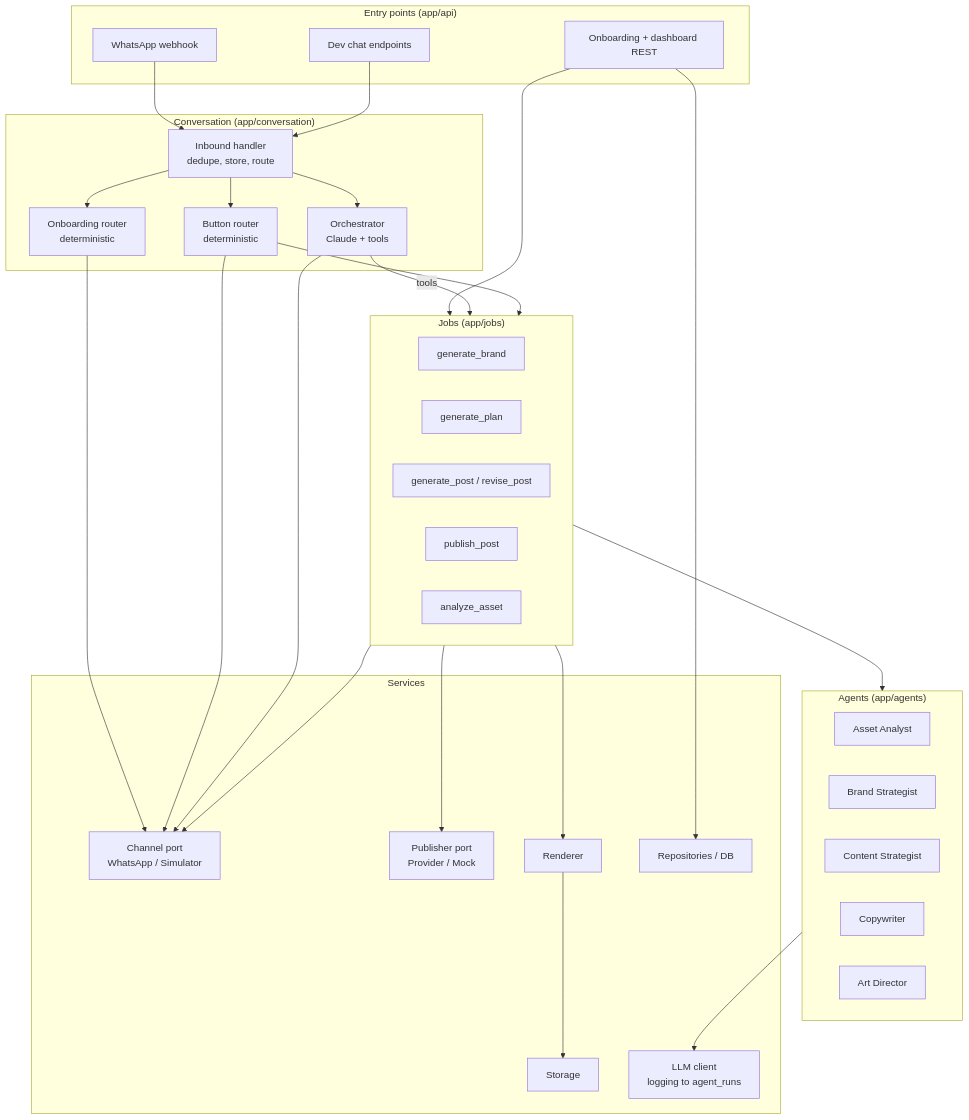
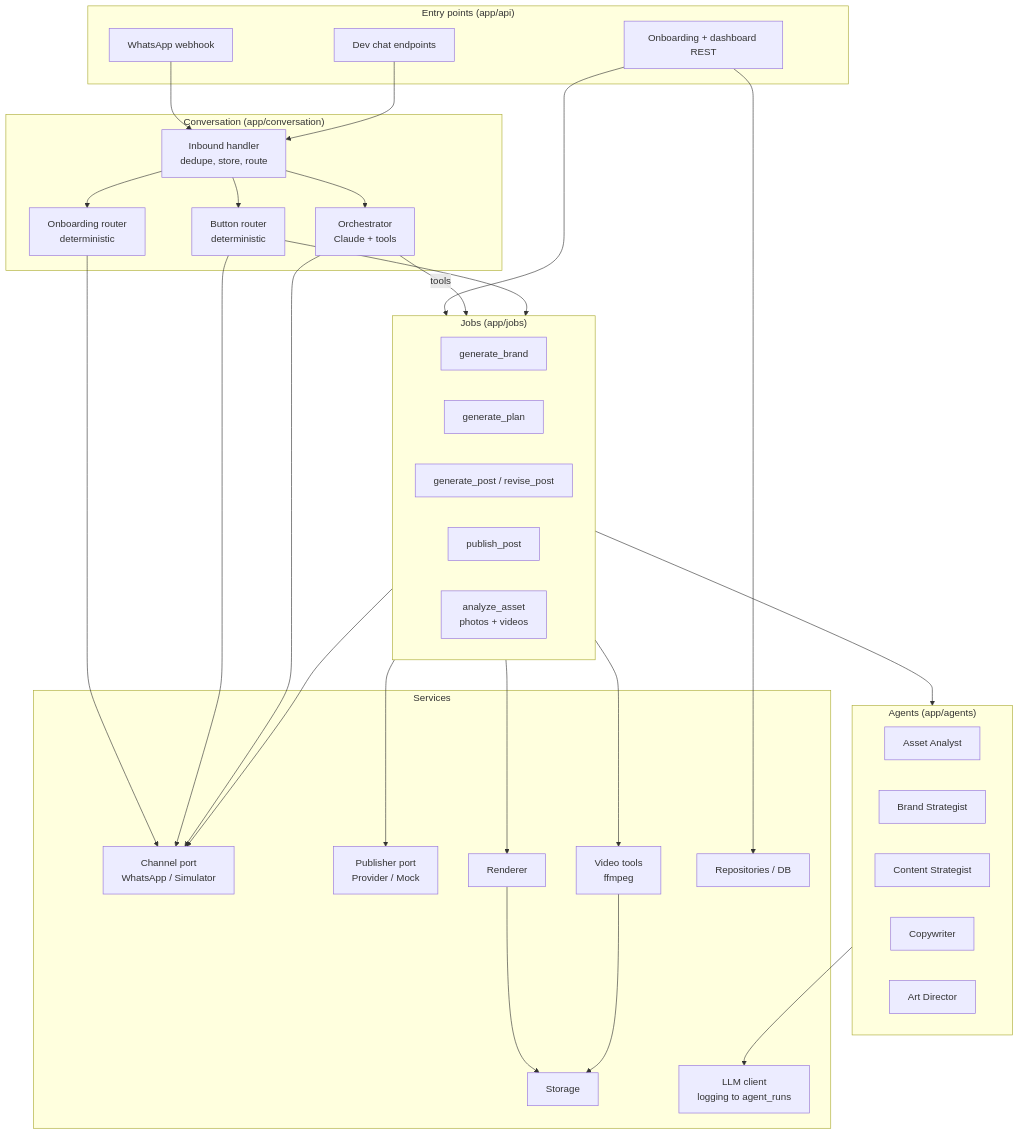
Before and after one commit to Dimple6114/build101: the second of 4 diagrams in docs/architecture/overview.md, drawn with Mermaid. The commit also changed other lines of this file and 20 other files, not shown here.

````diff
--- a/docs/architecture/overview.md
+++ b/docs/architecture/overview.md
@@ -37,54 +39,57 @@
 ```mermaid
 flowchart TB
     subgraph Entry["Entry points (app/api)"]
         WH[WhatsApp webhook]
         REST[Onboarding + dashboard REST]
         DEV[Dev chat endpoints]
     end
     subgraph Conv["Conversation (app/conversation)"]
         IN[Inbound handler<br/>dedupe, store, route]
         ONB[Onboarding router<br/>deterministic]
         BTN[Button router<br/>deterministic]
         ORC[Orchestrator<br/>Claude + tools]
     end
     subgraph Work["Jobs (app/jobs)"]
         J1[generate_brand]
         J2[generate_plan]
         J3[generate_post / revise_post]
         J4[publish_post]
-        J5[analyze_asset]
+        J5[analyze_asset<br/>photos + videos]
     end
     subgraph Agents["Agents (app/agents)"]
         A1[Asset Analyst]
         A2[Brand Strategist]
         A3[Content Strategist]
         A4[Copywriter]
         A5[Art Director]
     end
     subgraph Services["Services"]
         CH[Channel port<br/>WhatsApp / Simulator]
         PUB[Publisher port<br/>Provider / Mock]
         REN[Renderer]
         STO[Storage]
+        VID[Video tools<br/>ffmpeg]
         LLM[LLM client<br/>logging to agent_runs]
         REPO[Repositories / DB]
     end
     WH --> IN
     DEV --> IN
     REST --> REPO
     REST --> Work
     IN --> ONB
     IN --> BTN
     IN --> ORC
     ORC -- tools --> Work
     BTN --> Work
     Work --> Agents
     Work --> CH
     Work --> PUB
     Work --> REN
     Agents --> LLM
     ONB --> CH
     BTN --> CH
     ORC --> CH
     REN --> STO
+    Work --> VID
+    VID --> STO
 ```
````
